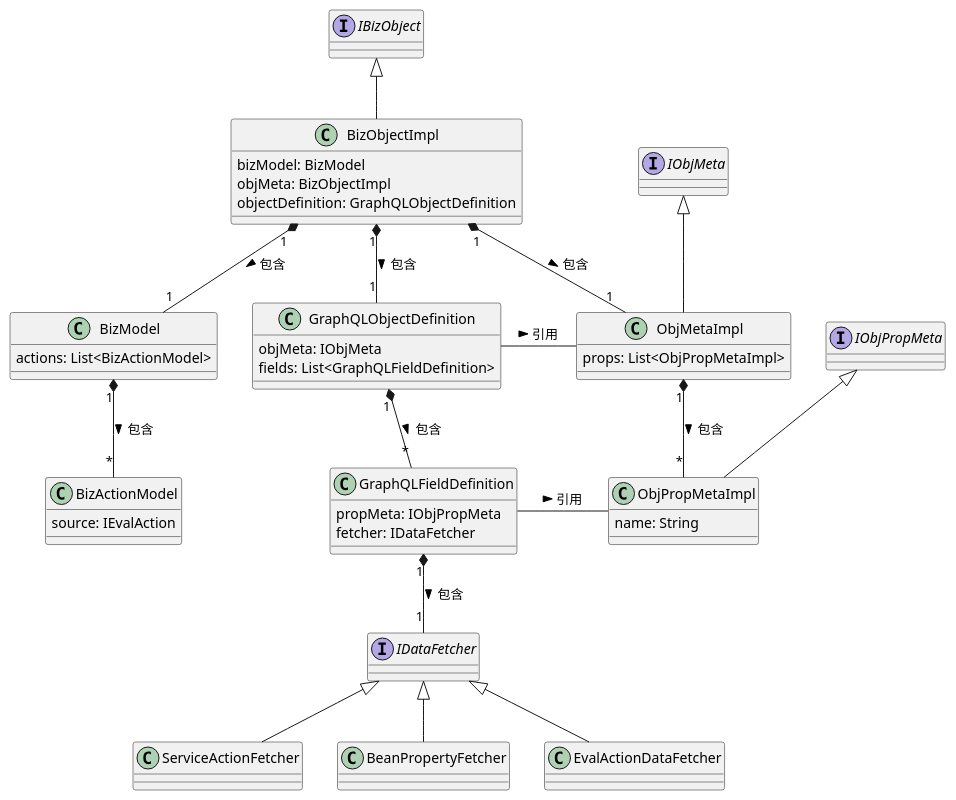
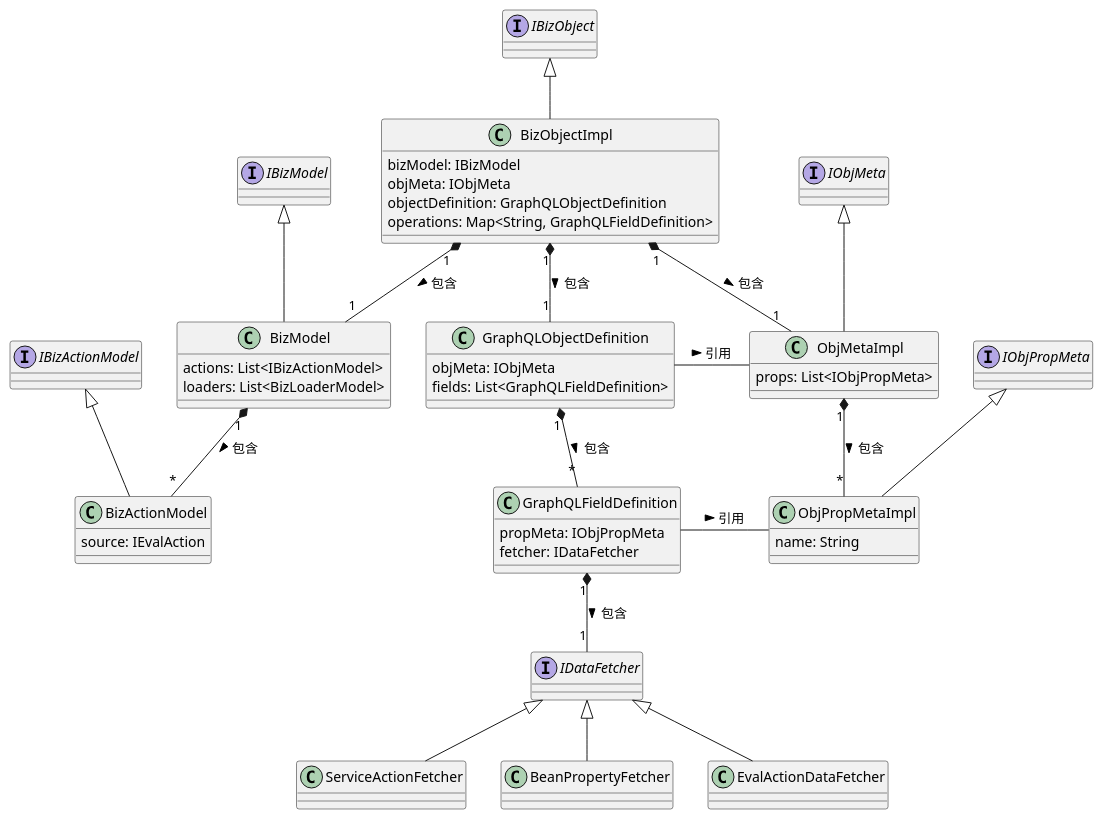
Before and after one commit to crazydan-studio/nop.crazydan.io: the seventh of 8 diagrams in docs/400.implement/400.component/100.graphql.md, drawn with PlantUML. The commit also changed other lines of this file, not shown here.

````diff
--- a/docs/400.implement/400.component/100.graphql.md
+++ b/docs/400.implement/400.component/100.graphql.md
@@ -651,70 +650,81 @@
 ```plantuml
 interface "IBizObject" as biz_obj_inf {
 }
 
 class "BizObjectImpl" as biz_obj {
-  bizModel: BizModel
-  objMeta: BizObjectImpl
+  bizModel: IBizModel
+  objMeta: IObjMeta
   objectDefinition: GraphQLObjectDefinition
+  operations: Map<String, GraphQLFieldDefinition>
 }
 biz_obj_inf <|-- biz_obj
 
+
+interface "IBizModel" as biz_model_inf {
+}
 class "BizModel" as biz_model {
-  actions: List<BizActionModel>
+  actions: List<IBizActionModel>
+  loaders: List<BizLoaderModel>
 }
+biz_model_inf <|-- biz_model
 
+
+interface "IBizActionModel" as biz_action_inf {
+}
 class "BizActionModel" as biz_action {
   source: IEvalAction
 }
+biz_action_inf <|-- biz_action
+
 
 interface "IObjMeta" as obj_meta_inf {
 }
-
 class "ObjMetaImpl" as obj_meta {
-  props: List<ObjPropMetaImpl>
+  props: List<IObjPropMeta>
 }
 obj_meta_inf <|-- obj_meta
 
+
 interface "IObjPropMeta" as obj_prop_meta_inf {
 }
-
 class "ObjPropMetaImpl" as obj_prop_meta {
   name: String
 }
 obj_prop_meta_inf <|-- obj_prop_meta
+
 
 class "GraphQLObjectDefinition" as gpl_obj_def {
   objMeta: IObjMeta
   fields: List<GraphQLFieldDefinition>
 }
 
 class "GraphQLFieldDefinition" as gpl_field_def {
   propMeta: IObjPropMeta
   fetcher: IDataFetcher
 }
 
+
 interface "IDataFetcher" as fetcher_inf {
 }
-
 class "ServiceActionFetcher" as fetcher_biz_action {
 }
 class "BeanPropertyFetcher" as fetcher_call_getter {
 }
 class "EvalActionDataFetcher" as fetcher_biz_loader {
 }
 fetcher_inf <|-- fetcher_biz_action
 fetcher_inf <|-- fetcher_call_getter
 fetcher_inf <|-- fetcher_biz_loader
 
 biz_obj "1" *-- "1" biz_model: 包含 >
 biz_obj "1" *-- "1" obj_meta: 包含 >
 biz_obj "1" *-- "1" gpl_obj_def: 包含 >
 
 biz_model "1" *-- "*" biz_action: 包含 >
 obj_meta "1" *-- "*" obj_prop_meta: 包含 >
 gpl_obj_def "1" *-- "*" gpl_field_def: 包含 >
 gpl_field_def "1" *-- "1" fetcher_inf: 包含 >
 
 gpl_obj_def - obj_meta: 引用 >
 gpl_field_def - obj_prop_meta: 引用 >
 ```
````
